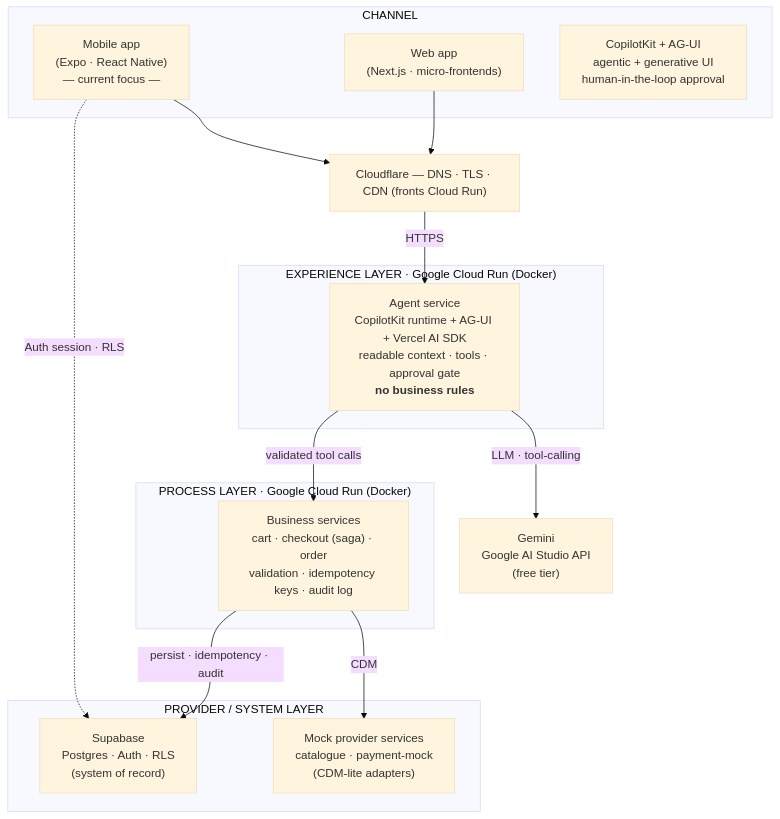
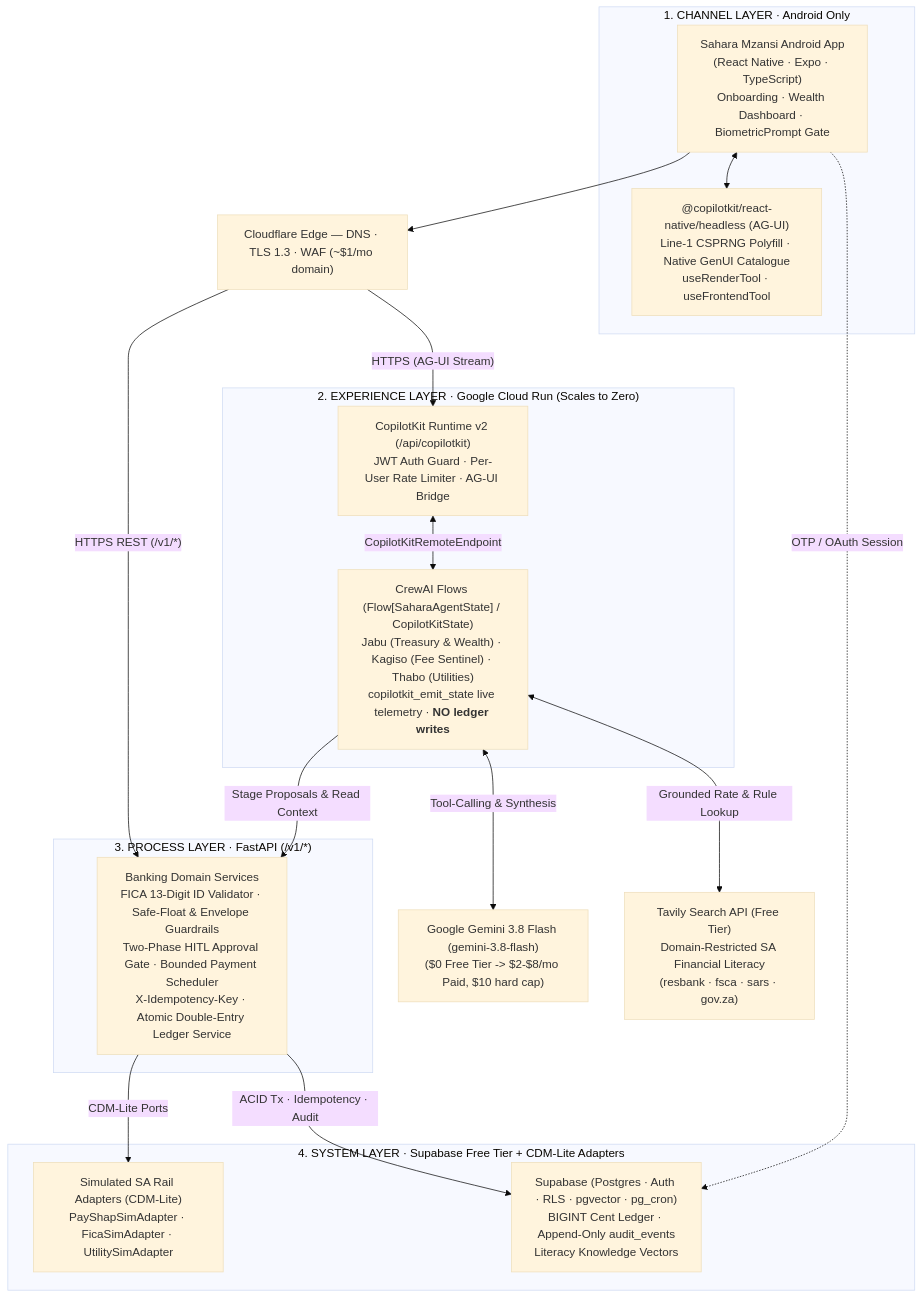
The diagram in docs/architecture/agentic-demo-hld.md (obonyel/engineering-lead), drawn with Mermaid (base theme) before and after one commit. The commit also changed other lines of this file and 187 other files, not shown here.

First line of the commit message:
feat: clean-room Android-only Sahara Mzansi architecture & Phase 2 scaffold (#3)

````diff
--- a/docs/architecture/agentic-demo-hld.md
+++ b/docs/architecture/agentic-demo-hld.md
@@ -19,34 +13,38 @@
 ```mermaid
 flowchart TB
-    subgraph CH["CHANNEL"]
-        MOB["Mobile app<br/>(Expo · React Native)<br/>— current focus —"]
-        WEB["Web app<br/>(Next.js · micro-frontends)"]
-        CPK["CopilotKit + AG-UI<br/>agentic + generative UI<br/>human-in-the-loop approval"]
+    subgraph CH["1. CHANNEL LAYER · Android Only"]
+        AND["Sahara Mzansi Android App<br/>(React Native · Expo · TypeScript)<br/>Onboarding · Wealth Dashboard · BiometricPrompt Gate"]
+        CPK["@copilotkit/react-native/headless (AG-UI)<br/>Line-1 CSPRNG Polyfill · Native GenUI Catalogue<br/>useRenderTool · useFrontendTool"]
     end
 
-    CF["Cloudflare — DNS · TLS · CDN (fronts Cloud Run)"]
+    CF["Cloudflare Edge — DNS · TLS 1.3 · WAF (~$1/mo domain)"]
 
-    subgraph EXP["EXPERIENCE LAYER · Google Cloud Run (Docker)"]
-        AGENT["Agent service<br/>CopilotKit runtime + AG-UI + Vercel AI SDK<br/>readable context · tools · approval gate<br/><b>no business rules</b>"]
+    subgraph EXP["2. EXPERIENCE LAYER · Google Cloud Run (Scales to Zero)"]
+        RT["CopilotKit Runtime v2 (/api/copilotkit)<br/>JWT Auth Guard · Per-User Rate Limiter · AG-UI Bridge"]
+        CREW["CrewAI Flows (Flow[SaharaAgentState] / CopilotKitState)<br/>Jabu (Treasury & Wealth) · Kagiso (Fee Sentinel) · Thabo (Utilities)<br/>copilotkit_emit_state live telemetry · <b>NO ledger writes</b>"]
     end
 
-    GEM["Gemini<br/>Google AI Studio API<br/>(free tier)"]
+    GEM["Google Gemini 3.8 Flash (gemini-3.8-flash)<br/>($0 Free Tier -> $2-$8/mo Paid, $10 hard cap)"]
+    TAV["Tavily Search API (Free Tier)<br/>Domain-Restricted SA Financial Literacy<br/>(resbank · fsca · sars · gov.za)"]
 
-    subgraph PROC["PROCESS LAYER · Google Cloud Run (Docker)"]
-        BIZ["Business services<br/>cart · checkout (saga) · order<br/>validation · idempotency keys · audit log"]
+    subgraph PROC["3. PROCESS LAYER · FastAPI (/v1/*)"]
+        BIZ["Banking Domain Services<br/>FICA 13-Digit ID Validator · Safe-Float & Envelope Guardrails<br/>Two-Phase HITL Approval Gate · Bounded Payment Scheduler<br/>X-Idempotency-Key · Atomic Double-Entry Ledger Service"]
     end
 
-    subgraph PROV["PROVIDER / SYSTEM LAYER"]
-        MOCK["Mock provider services<br/>catalogue · payment-mock<br/>(CDM-lite adapters)"]
-        SUPA["Supabase<br/>Postgres · Auth · RLS<br/>(system of record)"]
+    subgraph SYS["4. SYSTEM LAYER · Supabase Free Tier + CDM-Lite Adapters"]
+        MOCK["Simulated SA Rail Adapters (CDM-Lite)<br/>PayShapSimAdapter · FicaSimAdapter · UtilitySimAdapter"]
+        SUPA["Supabase (Postgres · Auth · RLS · pgvector · pg_cron)<br/>BIGINT Cent Ledger · Append-Only audit_events<br/>Literacy Knowledge Vectors"]
     end
 
-    MOB --> CF
-    WEB --> CF
-    CF -->|HTTPS| AGENT
-    AGENT -->|LLM · tool-calling| GEM
-    AGENT -->|validated tool calls| BIZ
-    BIZ -->|CDM| MOCK
-    BIZ -->|persist · idempotency · audit| SUPA
-    MOB -.->|Auth session · RLS| SUPA
+    AND <--> CPK
+    AND --> CF
+    CF -->|"HTTPS (AG-UI Stream)"| RT
+    CF -->|"HTTPS REST (/v1/*)"| BIZ
+    RT <-->|"CopilotKitRemoteEndpoint"| CREW
+    CREW <-->|"Tool-Calling & Synthesis"| GEM
+    CREW <-->|"Grounded Rate & Rule Lookup"| TAV
+    CREW -->|"Stage Proposals & Read Context"| BIZ
+    BIZ -->|"CDM-Lite Ports"| MOCK
+    BIZ -->|"ACID Tx · Idempotency · Audit"| SUPA
+    AND -.->|"OTP / OAuth Session"| SUPA
 ```
````
